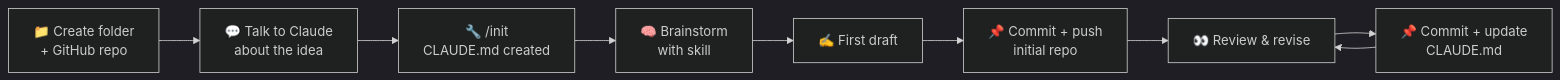
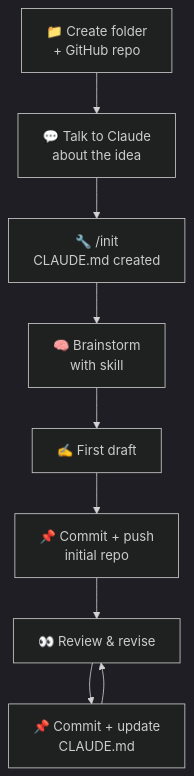
The diagram in README.md (TongShan4869/claude-code_for_non-tech), drawn with Mermaid (dark theme) before and after one commit.

Commit message:
docs: change process flowchart from horizontal to vertical layout

````diff
--- a/README.md
+++ b/README.md
@@ -205,11 +205,11 @@
 ```mermaid
-flowchart LR
+flowchart TD
     A["📁 Create folder\n+ GitHub repo"] --> B["💬 Talk to Claude\nabout the idea"]
     B --> C["🔧 /init\nCLAUDE.md created"]
     C --> D["🧠 Brainstorm\nwith skill"]
     D --> E["✍️ First draft"]
     E --> F["📌 Commit + push\ninitial repo"]
     F --> G["👀 Review & revise"]
     G --> H["📌 Commit + update\nCLAUDE.md"]
     H --> G
 ```
````
